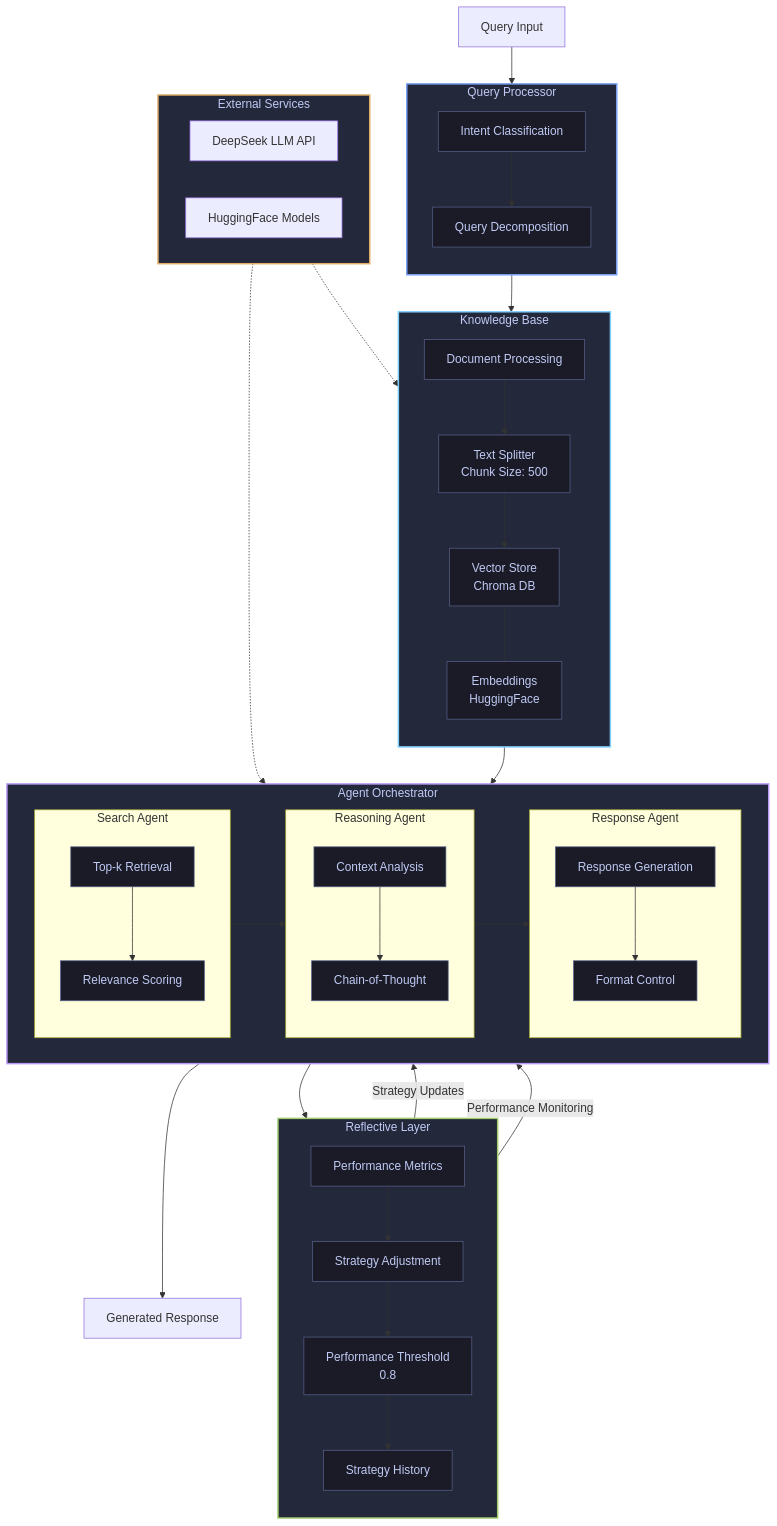
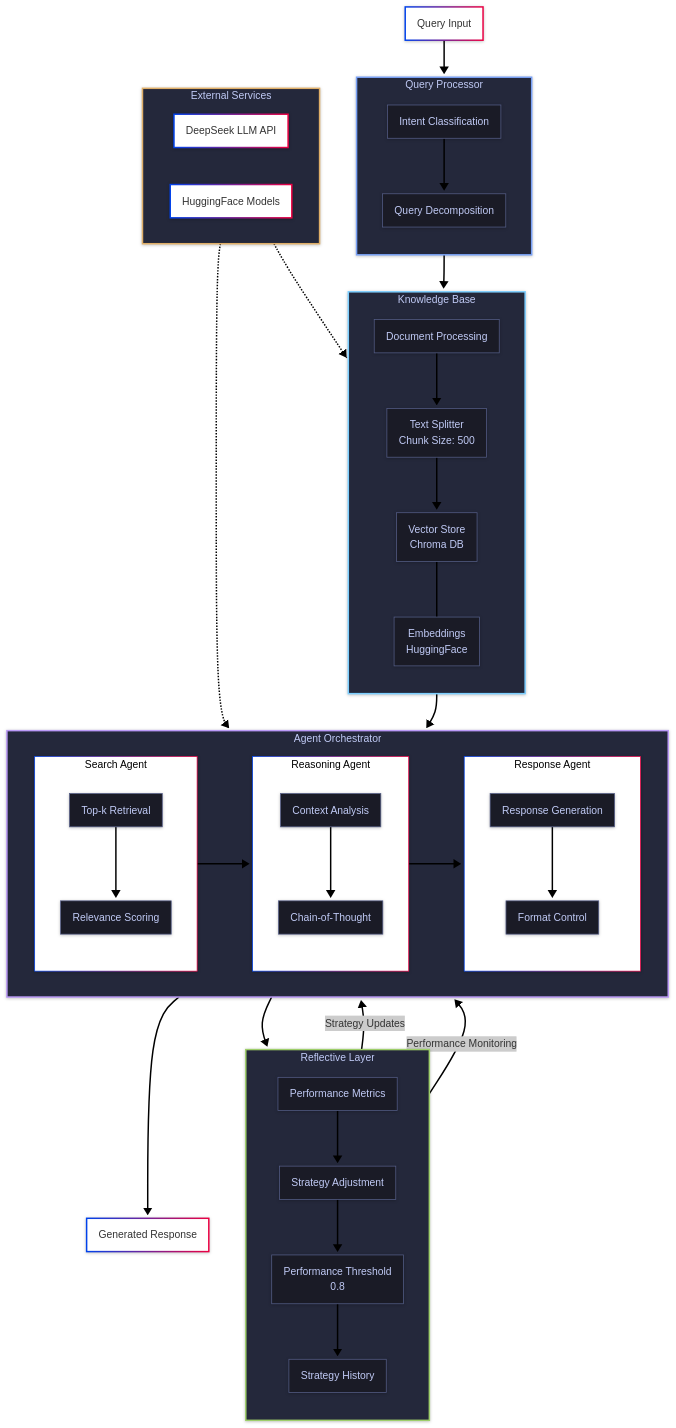
One commit to flight505/Agentic_RAG changed the first of 2 diagrams in README.md. Above: the diagram before and after it, drawn with Mermaid. The commit also changed other lines of this file, not shown here.

Commit message:
neo theme

````diff
--- a/README.md
+++ b/README.md
@@ -9,4 +9,9 @@
 ```mermaid
+---
+config:
+  look: neo
+  theme: neo
+---
 flowchart TD
     %% Main Components
     Query[Query Input]
````
